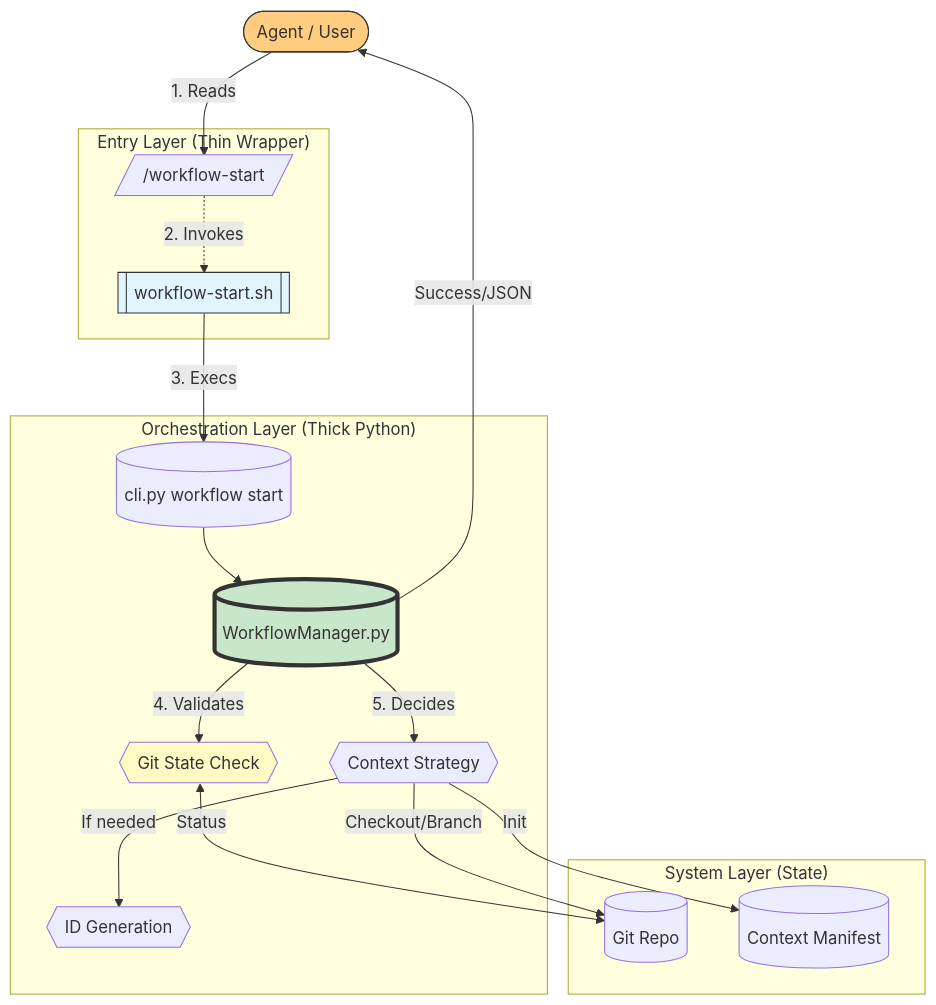
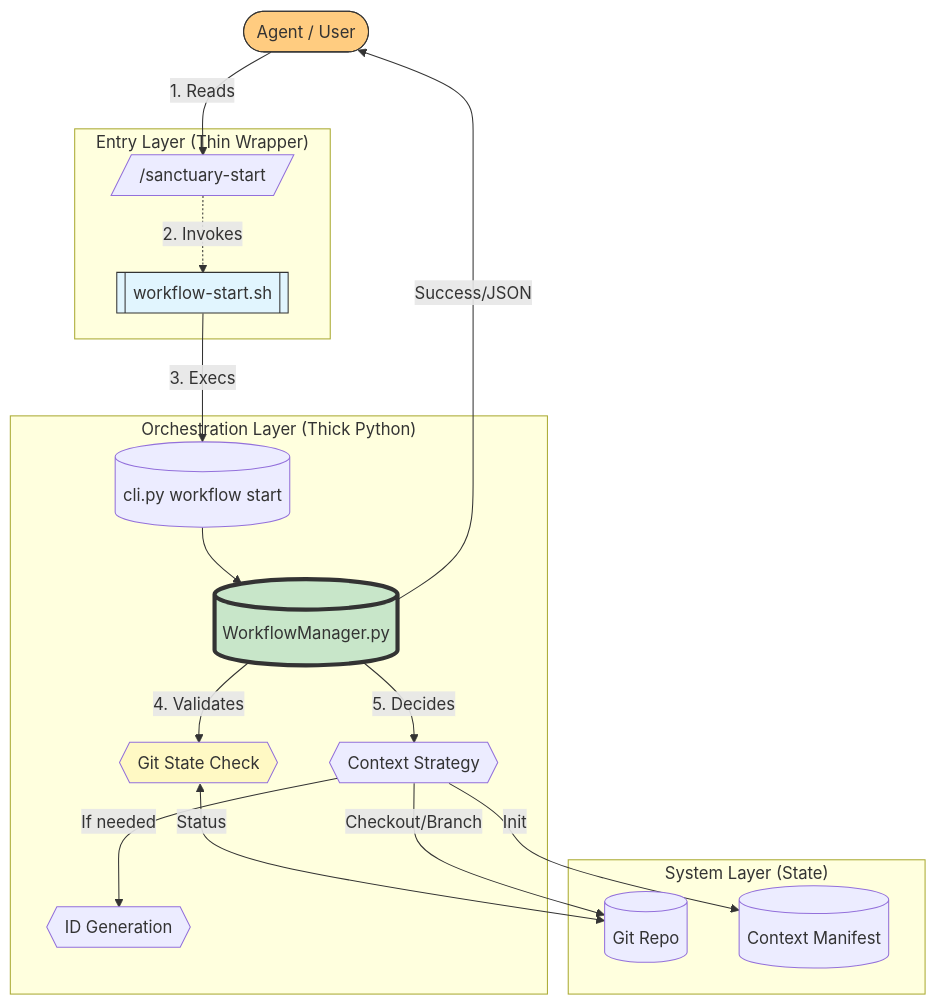
Before and after one commit to richfrem/Project_Sanctuary: the diagram in docs/diagrams/architecture/workflow-shim-architecture.mmd, drawn with Mermaid. The commit also changed 237 other files, not shown here.

```diff
--- a/docs/diagrams/architecture/workflow-shim-architecture.mmd
+++ b/docs/diagrams/architecture/workflow-shim-architecture.mmd
@@ -1,49 +1,49 @@
 graph TD
     %% Actors
     Agent([Agent / User])
     
     %% Layers
     subgraph "Entry Layer (Thin Wrapper)"
-        MD_Start[/"/workflow-start"/]
+        MD_Start[/"/sanctuary-start"/]
         Shim_Start[["workflow-start.sh"]]
     end
 
     subgraph "Orchestration Layer (Thick Python)"
         CLI[("cli.py workflow start")]
         Manager[("WorkflowManager.py")]
         
         Logic_Git{{"Git State Check"}}
         Logic_Context{{"Context Strategy"}}
         Logic_ID{{"ID Generation"}}
     end
 
     subgraph "System Layer (State)"
         Sys_Git[(Git Repo)]
         Sys_Manifest[(Context Manifest)]
     end
 
     %% Flow
     Agent -->|1. Reads| MD_Start
     MD_Start -.->|2. Invokes| Shim_Start
     
     %% Passing the baton
     Shim_Start -->|3. Execs| CLI
     CLI --> Manager
     
     %% The Heavy Lifting
     Manager -->|4. Validates| Logic_Git
     Logic_Git <-->|Status| Sys_Git
     
     Manager -->|5. Decides| Logic_Context
     Logic_Context -->|If needed| Logic_ID
     Logic_Context -->|Checkout/Branch| Sys_Git
     Logic_Context -->|Init| Sys_Manifest
     
     %% Return
     Manager -- "Success/JSON" --> Agent
     
     %% Styling
     style Agent fill:#ffcc80,stroke:#333
     style Shim_Start fill:#e1f5fe,stroke:#333
     style Manager fill:#c8e6c9,stroke:#333,stroke-width:4px
     style Logic_Git fill:#fff9c4
```
